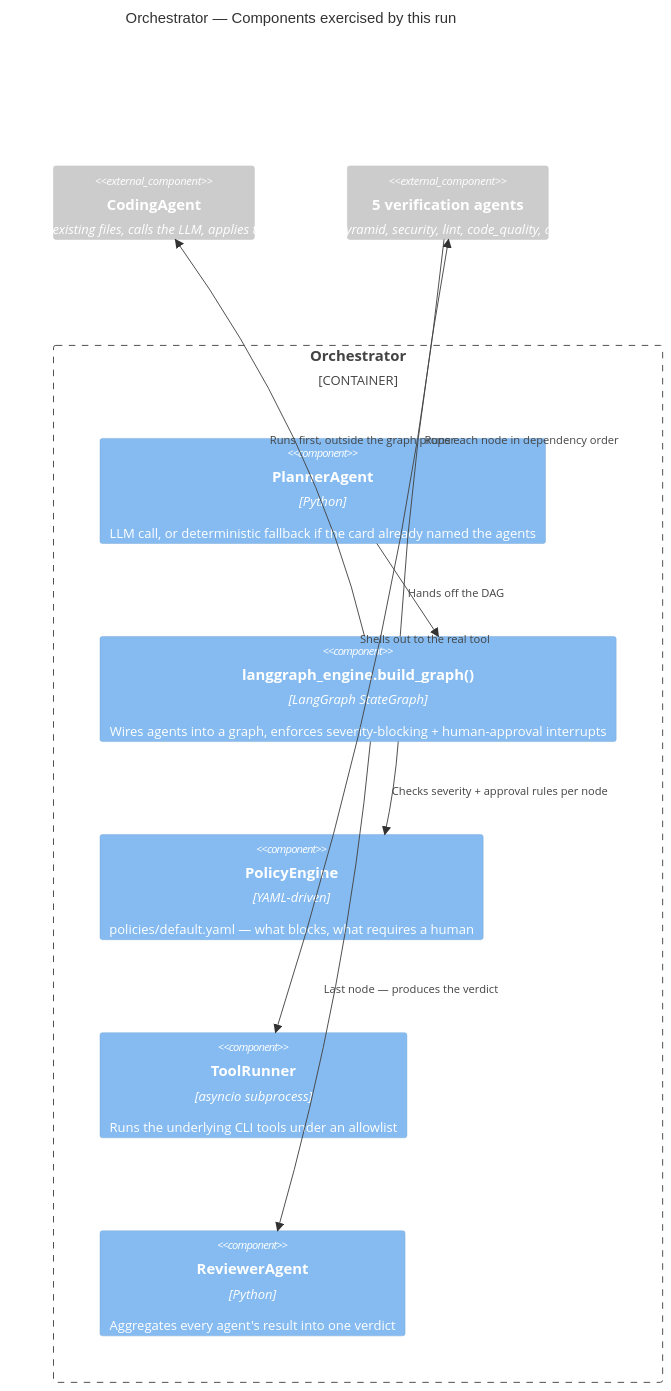
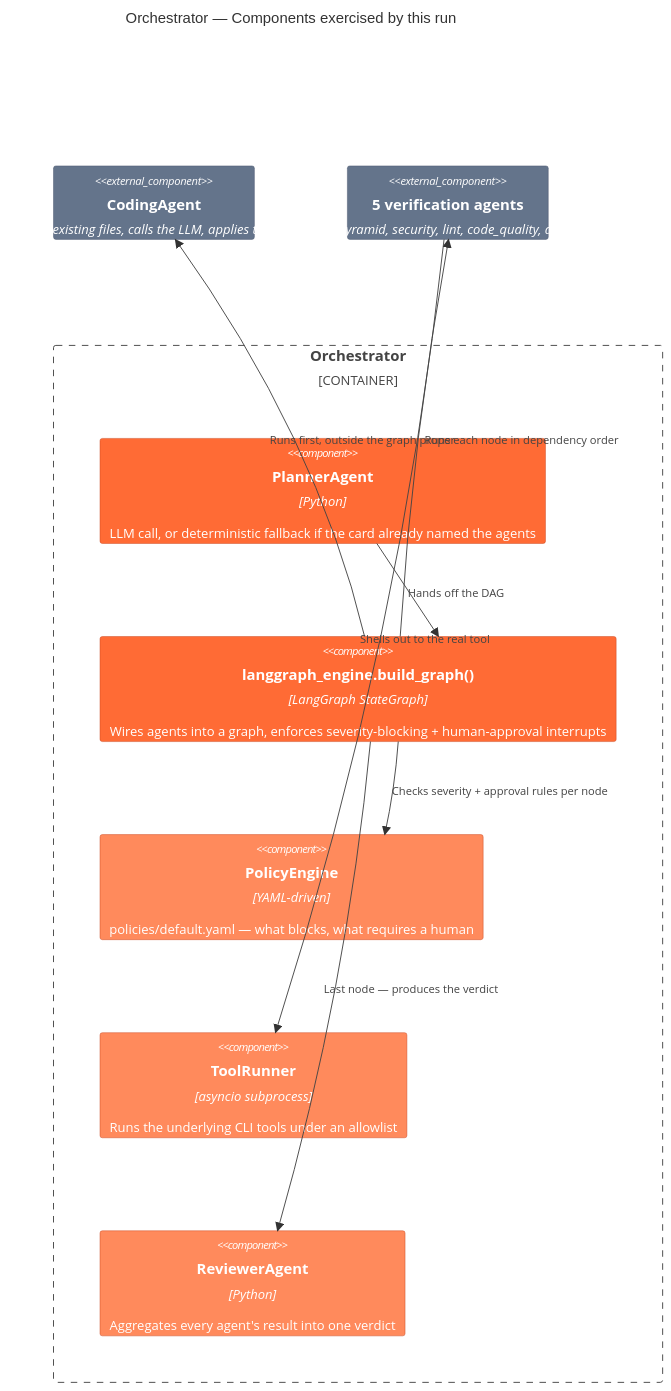
Before and after one commit to lorenzogirardi/agentic-sdlc: the third of 8 diagrams in docs/demo/newton-run-architecture.md, drawn with Mermaid. The commit also changed other lines of this file and 1 other file, not shown here.

First line of the commit message:
Color-code all diagrams: actors, platform, external systems, outcomes

````diff
--- a/docs/demo/newton-run-architecture.md
+++ b/docs/demo/newton-run-architecture.md
@@ -129,23 +150,31 @@
 ```mermaid
 C4Component
     title Orchestrator — Components exercised by this run
 
     Container_Boundary(orch, "Orchestrator") {
         Component(planner, "PlannerAgent", "Python", "LLM call, or deterministic fallback if the card already named the agents")
         Component(langgraph, "langgraph_engine.build_graph()", "LangGraph StateGraph", "Wires agents into a graph, enforces severity-blocking + human-approval interrupts")
         Component(policy, "PolicyEngine", "YAML-driven", "policies/default.yaml — what blocks, what requires a human")
         Component(toolrunner, "ToolRunner", "asyncio subprocess", "Runs the underlying CLI tools under an allowlist")
         Component(reviewer, "ReviewerAgent", "Python", "Aggregates every agent's result into one verdict")
     }
 
     Component_Ext(coding, "CodingAgent", "Reads existing files, calls the LLM, applies the diff")
     Component_Ext(quality, "5 verification agents", "test_pyramid, security, lint, code_quality, docker")
 
     Rel(planner, langgraph, "Hands off the DAG")
     Rel(langgraph, coding, "Runs first, outside the graph proper")
     Rel(langgraph, quality, "Runs each node in dependency order")
     Rel(quality, toolrunner, "Shells out to the real tool")
     Rel(langgraph, policy, "Checks severity + approval rules per node")
     Rel(langgraph, reviewer, "Last node — produces the verdict")
+
+    UpdateElementStyle(planner, $bgColor="#ff6b35", $borderColor="#c9451f", $fontColor="#ffffff")
+    UpdateElementStyle(langgraph, $bgColor="#ff6b35", $borderColor="#c9451f", $fontColor="#ffffff")
+    UpdateElementStyle(policy, $bgColor="#ff8a5c", $borderColor="#c9451f", $fontColor="#ffffff")
+    UpdateElementStyle(toolrunner, $bgColor="#ff8a5c", $borderColor="#c9451f", $fontColor="#ffffff")
+    UpdateElementStyle(reviewer, $bgColor="#ff8a5c", $borderColor="#c9451f", $fontColor="#ffffff")
+    UpdateElementStyle(coding, $bgColor="#64748b", $borderColor="#45536b", $fontColor="#ffffff")
+    UpdateElementStyle(quality, $bgColor="#64748b", $borderColor="#45536b", $fontColor="#ffffff")
     UpdateLayoutConfig($c4ShapeInRow="3", $c4BoundaryInRow="2")
 ```
````
